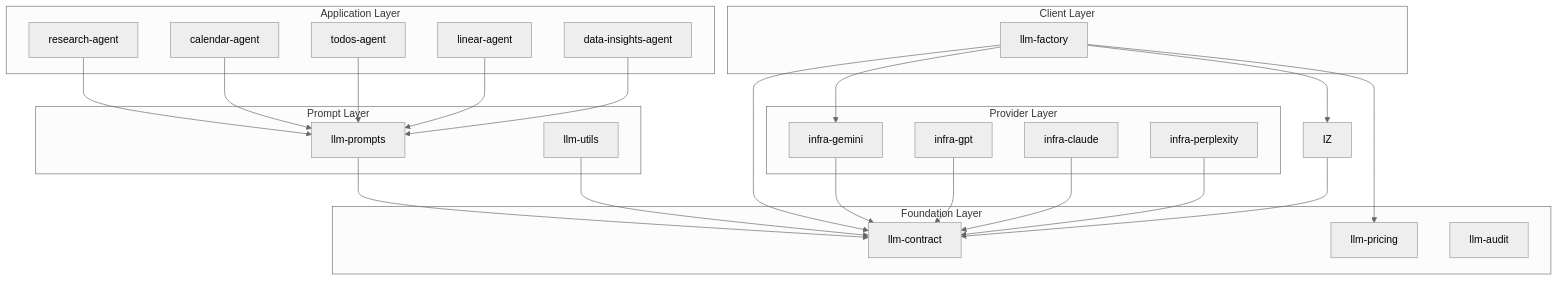
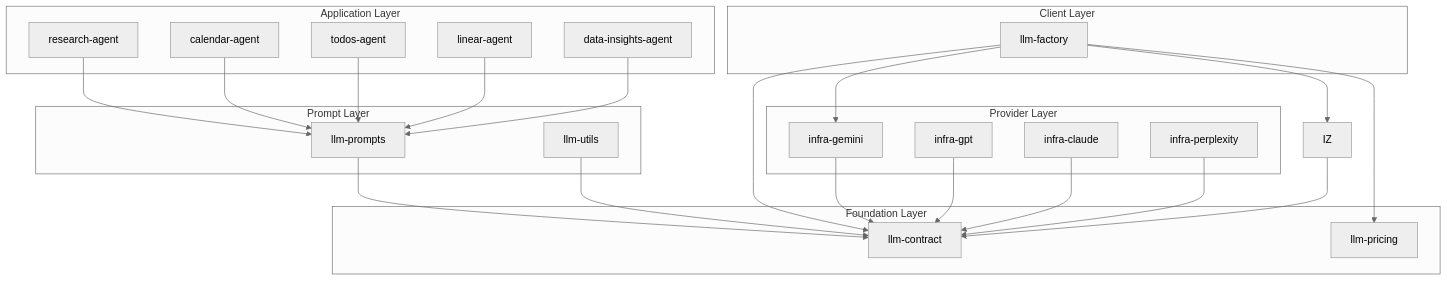
Before and after one commit to pbuchman/intexuraos: the diagram in docs/architecture/llm-packages.md, drawn with Mermaid (neutral theme). The commit also changed other lines of this file and 8 other files, not shown here.

First line of the commit message:
docs: remove orphaned llm-audit package documentation

````diff
--- a/docs/architecture/llm-packages.md
+++ b/docs/architecture/llm-packages.md
@@ -11,52 +11,51 @@
 ```mermaid
 graph TB
     subgraph "Application Layer"
         RA[research-agent]
         CA[calendar-agent]
         TA[todos-agent]
         LA[linear-agent]
         DIA[data-insights-agent]
     end
 
     subgraph "Prompt Layer"
         LP[llm-prompts]
         LU[llm-utils]
     end
 
     subgraph "Client Layer"
         LF[llm-factory]
     end
 
     subgraph "Provider Layer"
         IG[infra-gemini]
         IO[infra-gpt]
         IC[infra-claude]
         IP[infra-perplexity]
     end
 
     subgraph "Foundation Layer"
         LC[llm-contract]
         LPR[llm-pricing]
-        LA2[llm-audit]
     end
 
     RA --> LP
     CA --> LP
     TA --> LP
     LA --> LP
     DIA --> LP
 
     LP --> LC
     LU --> LC
     LF --> LC
     LF --> LPR
 
     LF --> IG
     LF --> IZ
 
     IG --> LC
     IO --> LC
     IC --> LC
     IP --> LC
     IZ --> LC
 ```
````
